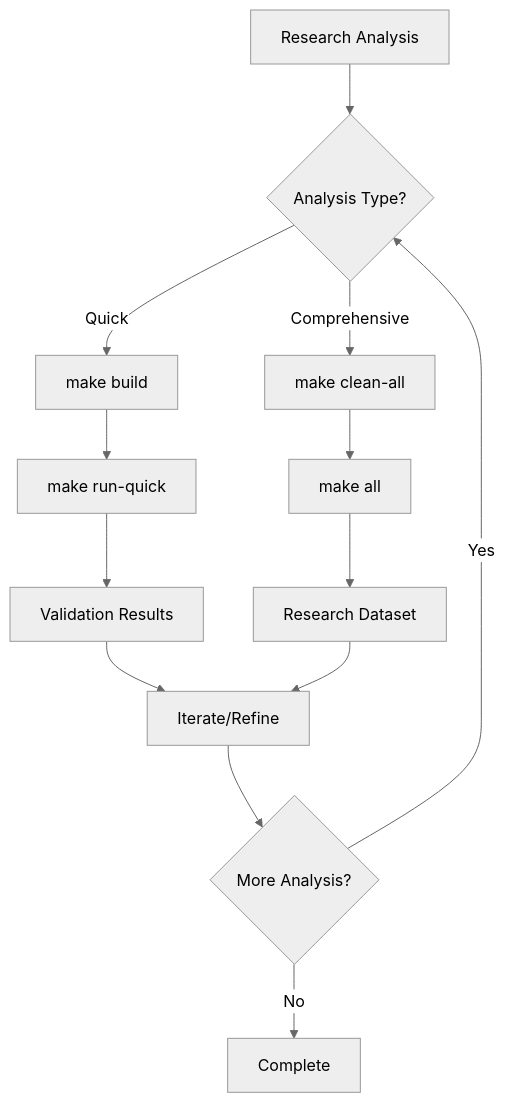
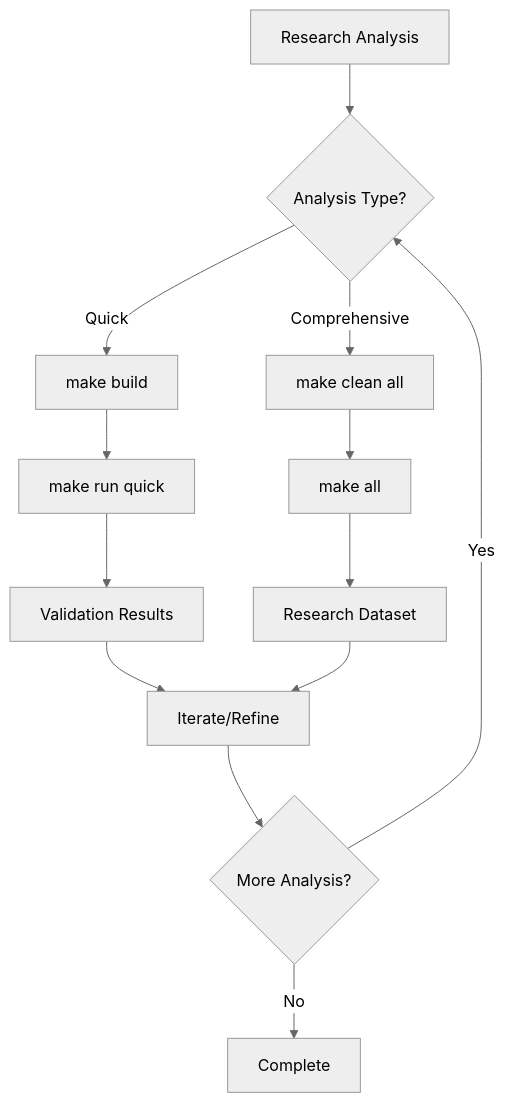
The second of 3 diagrams in docs/command-reference.md (alleninnz/wasm-benchmark), drawn with Mermaid (neutral theme) before and after one commit. The commit also changed other lines of this file and 1 other file, not shown here.

````diff
--- a/docs/command-reference.md
+++ b/docs/command-reference.md
@@ -612,18 +711,18 @@
 ```mermaid
 flowchart TD
     A[Research Analysis] --> B{Analysis Type?}
     B -->|Quick| C[make build]
-    B -->|Comprehensive| D[make clean-all]
+    B -->|Comprehensive| D[make clean all]
 
-    C --> E[make run-quick]
+    C --> E[make run quick]
     E --> G[Validation Results]
 
     D --> I[make all]
     I --> K[Research Dataset]
 
     G --> L[Iterate/Refine]
     K --> L
     L --> M{More Analysis?}
     M -->|Yes| B
     M -->|No| N[Complete]
 ```
````
